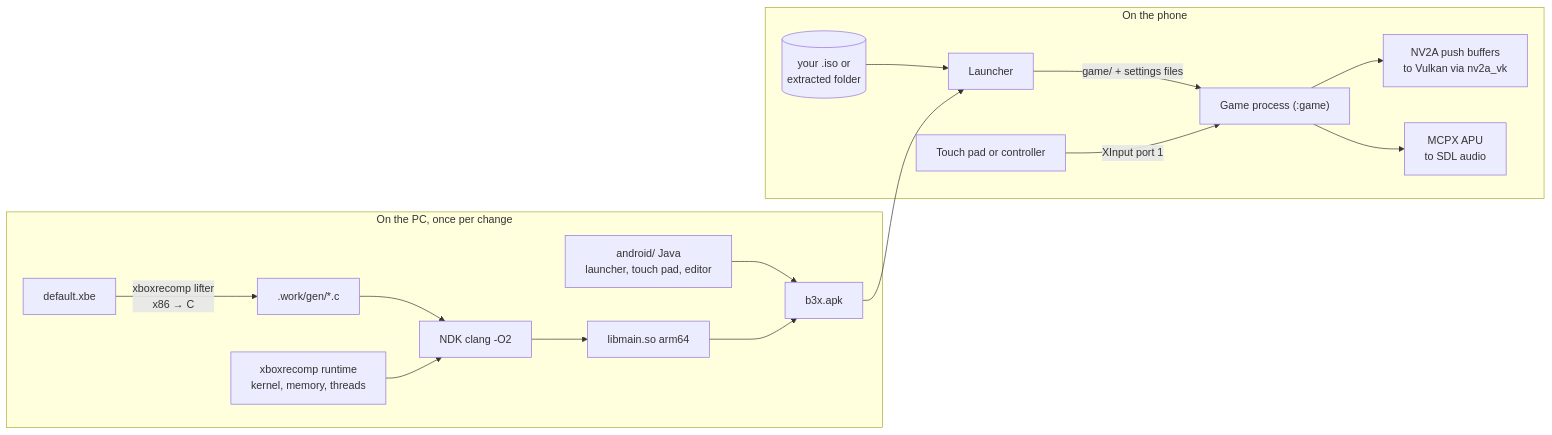
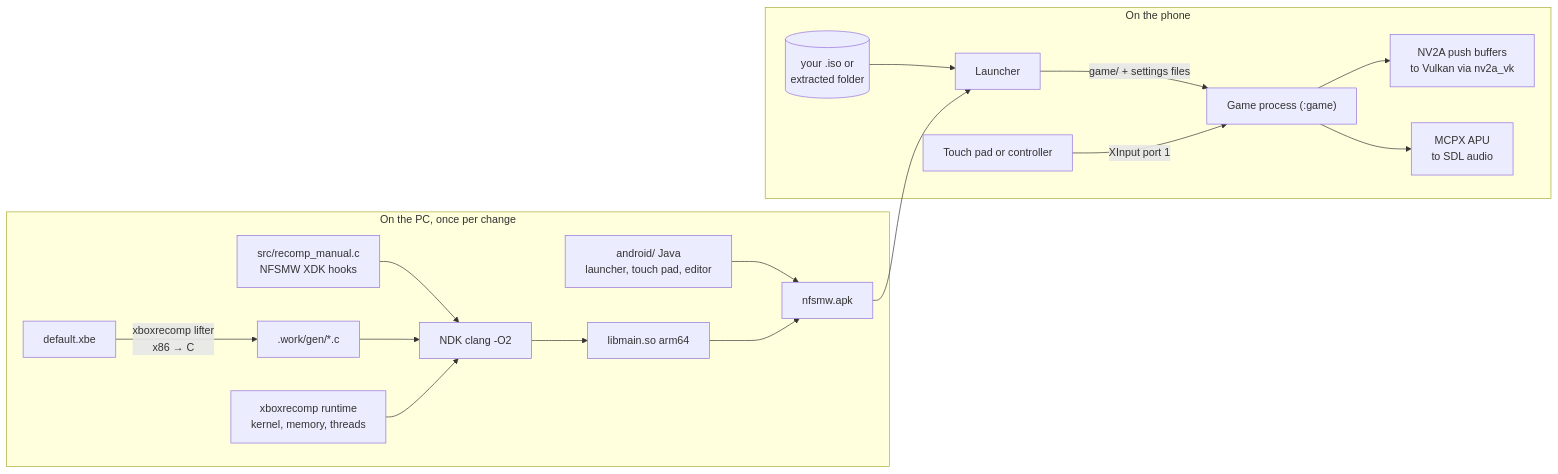
Before and after one commit to aribrilliantsyah/NFSMW-Recompiled-Mobile: the second of 2 diagrams in README.md, drawn with Mermaid. The commit also changed other lines of this file and 32 other files, not shown here.

Commit message:
README, CHANGELOG, porting notes for NFSMW; Mermaid diagrams validated with mmdc; Burnout screenshots removed

````diff
--- a/README.md
+++ b/README.md
@@ -183,21 +145,22 @@
 ```mermaid
 flowchart LR
     subgraph Build ["On the PC, once per change"]
         XBE["default.xbe"] -->|"xboxrecomp lifter<br/>x86 &rarr; C"| GEN[".work/gen/*.c"]
-        GEN --> NDK["NDK clang -O2"]
+        MAN["src/recomp_manual.c<br/>NFSMW XDK hooks"] --> NDK["NDK clang -O2"]
+        GEN --> NDK
         RT["xboxrecomp runtime<br/>kernel, memory, threads"] --> NDK
         NDK --> SO["libmain.so arm64"]
-        JAVA["android/ Java<br/>launcher, touch pad, editor"] --> APK["b3x.apk"]
+        JAVA["android/ Java<br/>launcher, touch pad, editor"] --> APK["nfsmw.apk"]
         SO --> APK
     end
 
     subgraph Phone ["On the phone"]
         ISO[("your .iso or<br/>extracted folder")] --> LAUNCH["Launcher"]
         LAUNCH -->|"game/ + settings files"| GAME["Game process (:game)"]
         GAME --> GPU["NV2A push buffers<br/>to Vulkan via nv2a_vk"]
         GAME --> APU["MCPX APU<br/>to SDL audio"]
         PAD["Touch pad or controller"] -->|"XInput port 1"| GAME
     end
 
     APK --> LAUNCH
 ```
````
